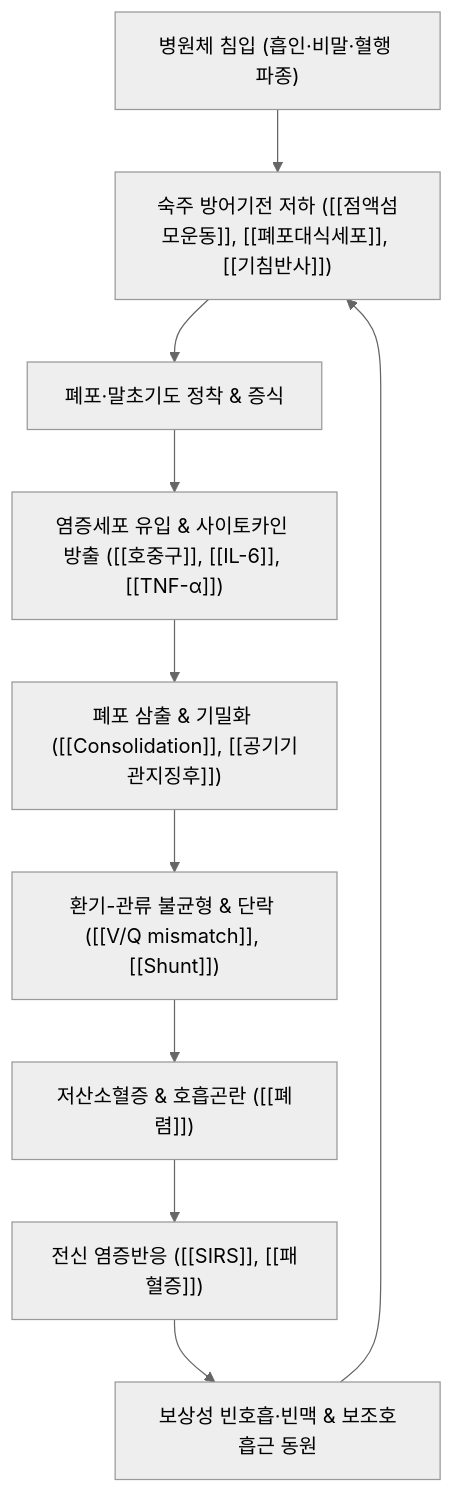
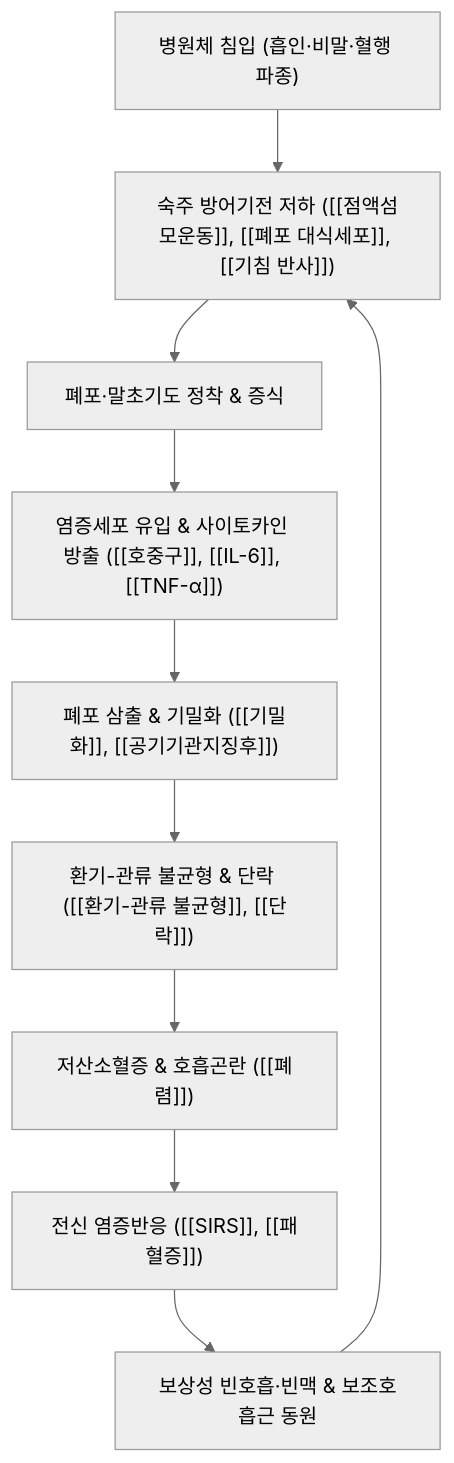
One commit to simbio11/simbio-digital-garden2 changed the diagram in content/3. 이론 공부/질환/호흡기 질환/기관지·폐/폐렴.md. Above: the diagram before and after it, drawn with Mermaid (neutral theme). The commit also changed other lines of this file and 86 other files, not shown here.

````diff
--- a/content/3. 이론 공부/질환/호흡기 질환/기관지·폐/폐렴.md
+++ b/content/3. 이론 공부/질환/호흡기 질환/기관지·폐/폐렴.md
@@ -83,12 +76,12 @@
 ```mermaid
 graph TD
-    Cause["병원체 침입 (흡인·비말·혈행 파종)"] --> Defense["숙주 방어기전 저하 ([[점액섬모운동]], [[폐포대식세포]], [[기침반사]])"]
+    Cause["병원체 침입 (흡인·비말·혈행 파종)"] --> Defense["숙주 방어기전 저하 ([[점액섬모운동]], [[폐포 대식세포]], [[기침 반사]])"]
     Defense --> Colonize["폐포·말초기도 정착 & 증식"]
     Colonize --> Inflam["염증세포 유입 & 사이토카인 방출 ([[호중구]], [[IL-6]], [[TNF-α]])"]
-    Inflam --> Consolid["폐포 삼출 & 기밀화 ([[Consolidation]], [[공기기관지징후]])"]
-    Consolid --> VQ["환기-관류 불균형 & 단락 ([[V/Q mismatch]], [[Shunt]])"]
+    Inflam --> Consolid["폐포 삼출 & 기밀화 ([[기밀화]], [[공기기관지징후]])"]
+    Consolid --> VQ["환기-관류 불균형 & 단락 ([[환기-관류 불균형]], [[단락]])"]
     VQ --> Hypox["저산소혈증 & 호흡곤란 ([[폐렴]])"]
     Hypox --> Systemic["전신 염증반응 ([[SIRS]], [[패혈증]])"]
     Systemic --> Comp["보상성 빈호흡·빈맥 & 보조호흡근 동원"]
     Comp --> Defense
 ```
````
